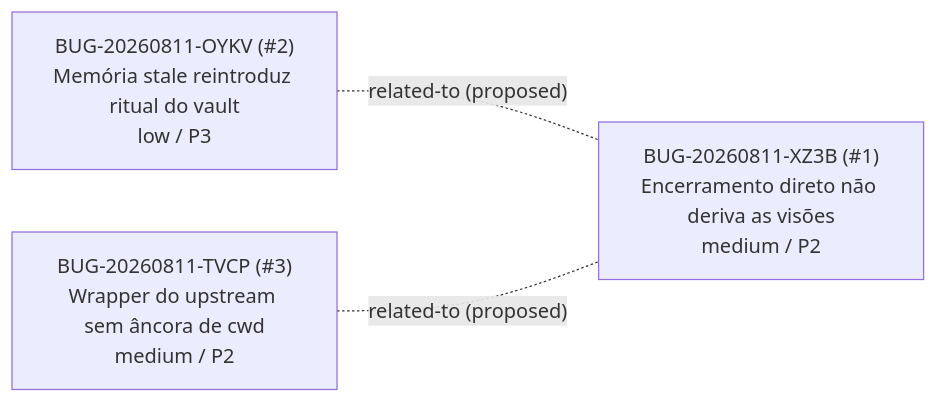
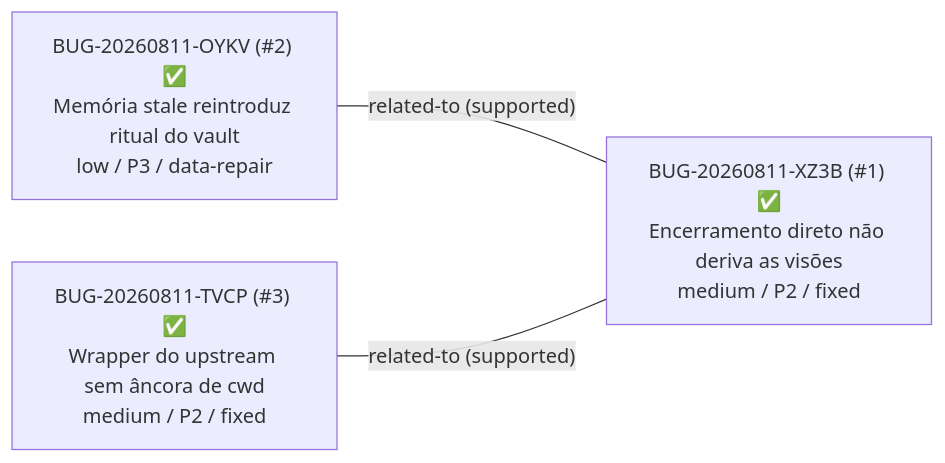
Before and after one commit to iago-leal/harness-config: the diagram in _reversa_bugs/encerramento-de-sessao/generated/graph.md, drawn with Mermaid. The commit also changed other lines of this file and 24 other files, not shown here.

First line of the commit message:
chore(reversa): fechamento formal dos bugs XZ3B, TVCP e OYKV pelo debugger-fix

````diff
--- a/_reversa_bugs/encerramento-de-sessao/generated/graph.md
+++ b/_reversa_bugs/encerramento-de-sessao/generated/graph.md
@@ -6,8 +7,8 @@
 ```mermaid
 graph LR
-    XZ3B["BUG-20260811-XZ3B (#1)<br/>Encerramento direto não deriva as visões<br/>medium / P2"]
-    OYKV["BUG-20260811-OYKV (#2)<br/>Memória stale reintroduz ritual do vault<br/>low / P3"]
-    TVCP["BUG-20260811-TVCP (#3)<br/>Wrapper do upstream sem âncora de cwd<br/>medium / P2"]
-    OYKV -. "related-to (proposed)" .- XZ3B
-    TVCP -. "related-to (proposed)" .- XZ3B
+    XZ3B["BUG-20260811-XZ3B (#1) ✅<br/>Encerramento direto não deriva as visões<br/>medium / P2 / fixed"]
+    OYKV["BUG-20260811-OYKV (#2) ✅<br/>Memória stale reintroduz ritual do vault<br/>low / P3 / data-repair"]
+    TVCP["BUG-20260811-TVCP (#3) ✅<br/>Wrapper do upstream sem âncora de cwd<br/>medium / P2 / fixed"]
+    OYKV -- "related-to (supported)" --- XZ3B
+    TVCP -- "related-to (supported)" --- XZ3B
 ```
````
